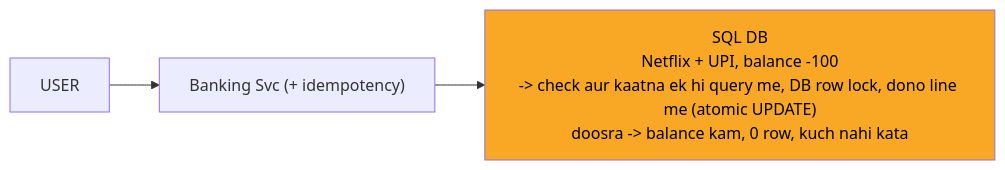
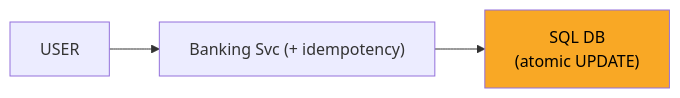
The diagram in 04_HLD/SYSTEM_DESIGNS/13_banking_system/img/c3.mmd (ArpanMaheshwari144/Prep), drawn with Mermaid before and after one commit. The commit also changed 46 other files, not shown here.

```diff
--- a/04_HLD/SYSTEM_DESIGNS/13_banking_system/img/c3.mmd
+++ b/04_HLD/SYSTEM_DESIGNS/13_banking_system/img/c3.mmd
@@ -1,8 +1,8 @@
 %%{init: {"flowchart": {"wrappingWidth": 450}}}%%
 flowchart LR
     n_USER["USER"]
     n_SVC["Banking Svc (+ idempotency)"]
-    n_DB["SQL DB<br/>Netflix + UPI, balance -100<br/>-> check aur kaatna ek hi query me, DB row lock, dono line me (atomic UPDATE)<br/>doosra -> balance kam, 0 row, kuch nahi kata"]
+    n_DB["SQL DB<br/>(atomic UPDATE)"]
     n_USER --> n_SVC
     n_SVC --> n_DB
     style n_DB fill:#f9a825,color:#000
```
